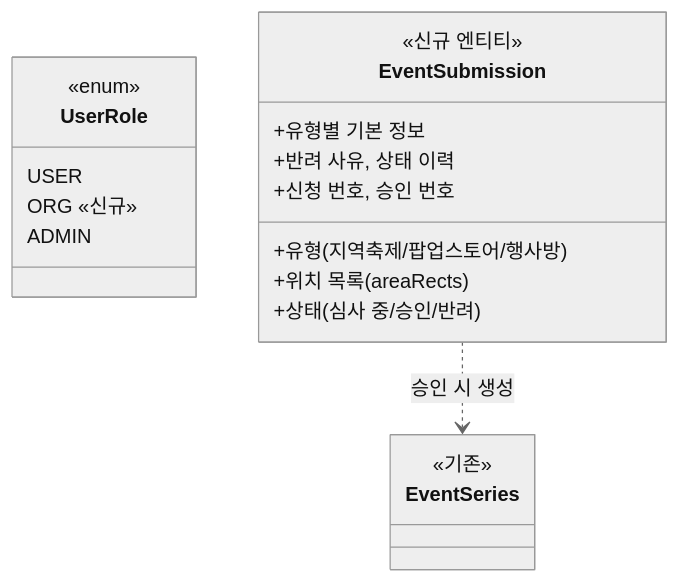
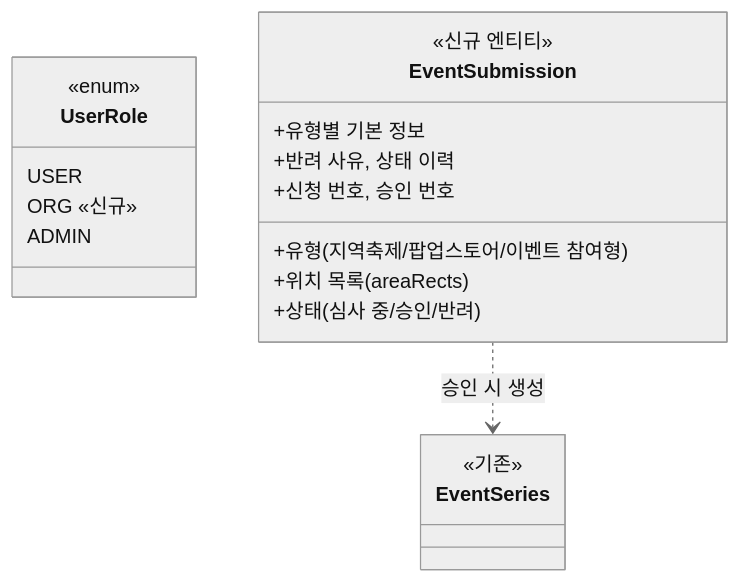
Before and after one commit to ASM-MSG/BE: the second of 2 diagrams in docs/prd/event-submission.md, drawn with Mermaid (neutral theme). The commit also changed other lines of this file, not shown here.

````diff
--- a/docs/prd/event-submission.md
+++ b/docs/prd/event-submission.md
@@ -149,22 +159,22 @@
 ```mermaid
 classDiagram
     class UserRole {
         <<enum>>
         USER
         ORG  «신규»
         ADMIN
     }
     class EventSubmission {
         <<신규 엔티티>>
-        +유형 (지역축제/팝업스토어/행사방)
+        +유형 (지역축제/팝업스토어/이벤트 참여형)
         +유형별 기본 정보
         +위치 목록 (areaRects)
         +상태 (심사 중/승인/반려)
         +반려 사유, 상태 이력
         +신청 번호, 승인 번호
     }
     class EventSeries {
         <<기존>>
     }
     EventSubmission ..> EventSeries : 승인 시 생성
 ```
````
